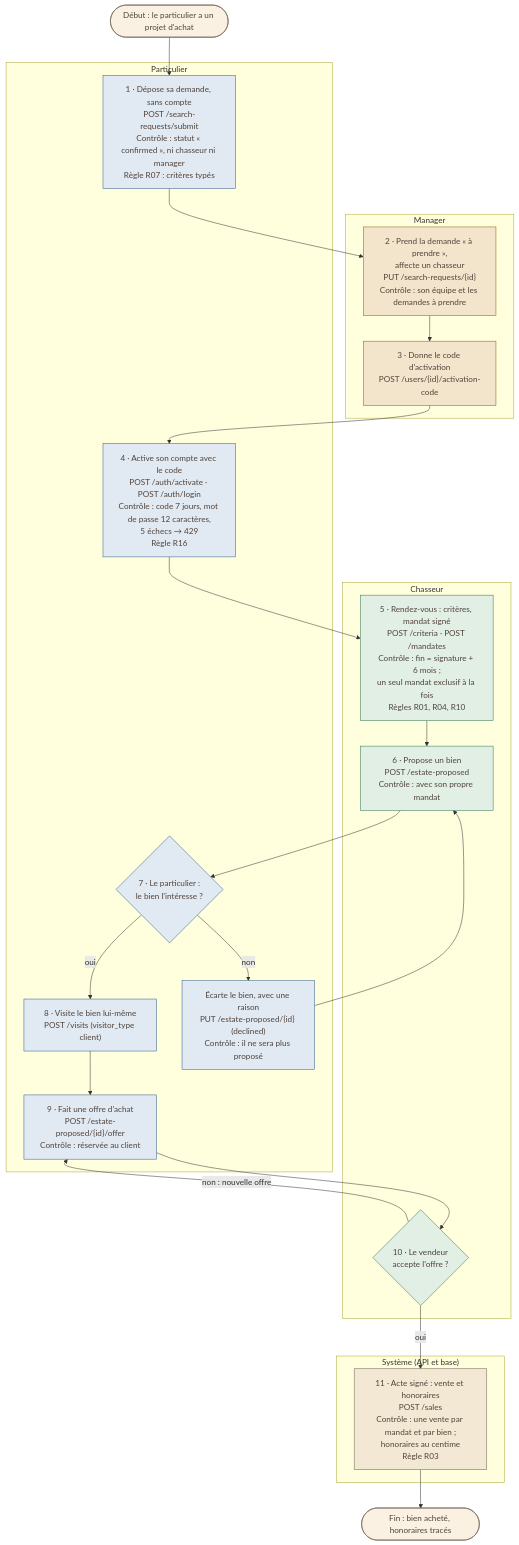
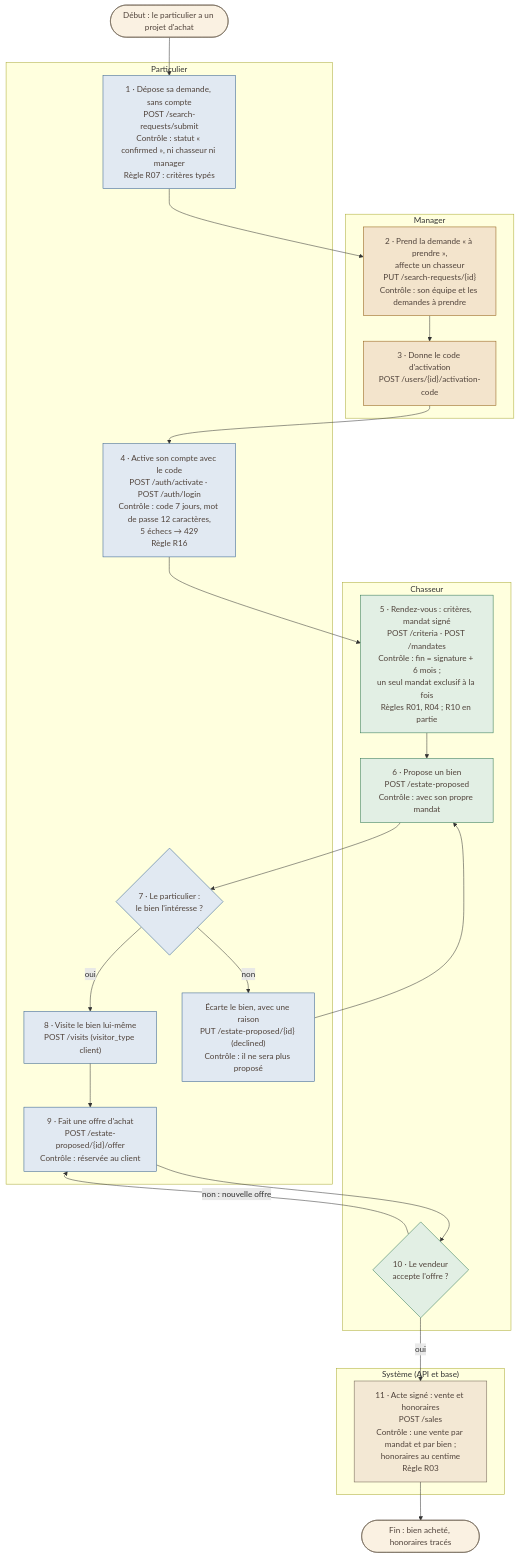
Before and after one commit to GaSeBeLa/Fil-Rouge: the second of 3 diagrams in livrables/4-application/processus-metier.md, drawn with Mermaid. The commit also changed other lines of this file and 2 other files, not shown here.

Commit message:
docs(adr): ADR-065 proposé, l'armoire papier hors de la v1 ; processus : R10 en partie
Discuté par l'équipe sans être tracé (Laurence, 19/11). La base garde date et mode de signature du mandat ; la numérisation des mandats papier est prévue plus tard. Les processus disaient R10 réglée : corrigé en « en partie ».

````diff
--- a/livrables/4-application/processus-metier.md
+++ b/livrables/4-application/processus-metier.md
@@ -52,42 +52,42 @@
 ```mermaid
 flowchart TB
     D1(["Début : le particulier a un projet d'achat"])
     subgraph PART["Particulier"]
         P1["1 · Dépose sa demande, sans compte<br/>POST /search-requests/submit<br/>Contrôle : statut « confirmed », ni chasseur ni manager<br/>Règle R07 : critères typés"]
         P4["4 · Active son compte avec le code<br/>POST /auth/activate · POST /auth/login<br/>Contrôle : code 7 jours, mot de passe 12 caractères,<br/>5 échecs → 429<br/>Règle R16"]
         P7{"7 · Le particulier :<br/>le bien l'intéresse ?"}
         P8["8 · Visite le bien lui-même<br/>POST /visits (visitor_type client)"]
         P9["9 · Fait une offre d'achat<br/>POST /estate-proposed/{id}/offer<br/>Contrôle : réservée au client"]
         P7N["Écarte le bien, avec une raison<br/>PUT /estate-proposed/{id} (declined)<br/>Contrôle : il ne sera plus proposé"]
     end
     subgraph MAN["Manager"]
         M2["2 · Prend la demande « à prendre »,<br/>affecte un chasseur<br/>PUT /search-requests/{id}<br/>Contrôle : son équipe et les demandes à prendre"]
         M3["3 · Donne le code d'activation<br/>POST /users/{id}/activation-code"]
     end
     subgraph CHA["Chasseur"]
-        C5["5 · Rendez-vous : critères, mandat signé<br/>POST /criteria · POST /mandates<br/>Contrôle : fin = signature + 6 mois ;<br/>un seul mandat exclusif à la fois<br/>Règles R01, R04, R10"]
+        C5["5 · Rendez-vous : critères, mandat signé<br/>POST /criteria · POST /mandates<br/>Contrôle : fin = signature + 6 mois ;<br/>un seul mandat exclusif à la fois<br/>Règles R01, R04 ; R10 en partie"]
         C6["6 · Propose un bien<br/>POST /estate-proposed<br/>Contrôle : avec son propre mandat"]
         C10{"10 · Le vendeur<br/>accepte l'offre ?"}
     end
     subgraph SYS["Système (API et base)"]
         S11["11 · Acte signé : vente et honoraires<br/>POST /sales<br/>Contrôle : une vente par mandat et par bien ;<br/>honoraires au centime<br/>Règle R03"]
     end
     F1(["Fin : bien acheté, honoraires tracés"])
 
     D1 --> P1 --> M2 --> M3 --> P4 --> C5 --> C6 --> P7
     P7 -->|"non"| P7N --> C6
     P7 -->|"oui"| P8 --> P9 --> C10
     C10 -->|"non : nouvelle offre"| P9
     C10 -->|"oui"| S11 --> F1
 
     classDef part fill:#e1e9f2,stroke:#2f5d8c,color:#50433b
     classDef man fill:#f3e4cc,stroke:#8f5a0f,color:#50433b
     classDef cha fill:#e2efe4,stroke:#2d7551,color:#50433b
     classDef sys fill:#f3e8d4,stroke:#6e6151,color:#50433b
     classDef bord fill:#faf1e2,stroke:#6e6151,color:#50433b
     class P1,P4,P7,P7N,P8,P9 part
     class M2,M3 man
     class C5,C6,C10 cha
     class S11 sys
     class D1,F1 bord
 ```
````
